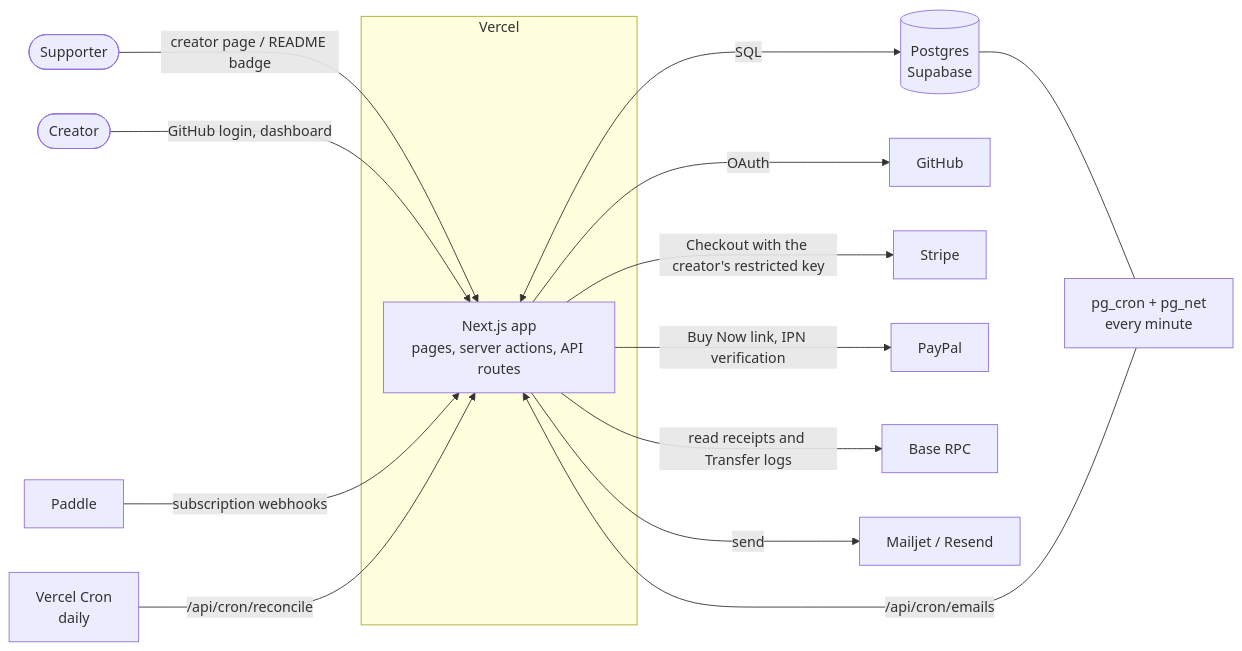
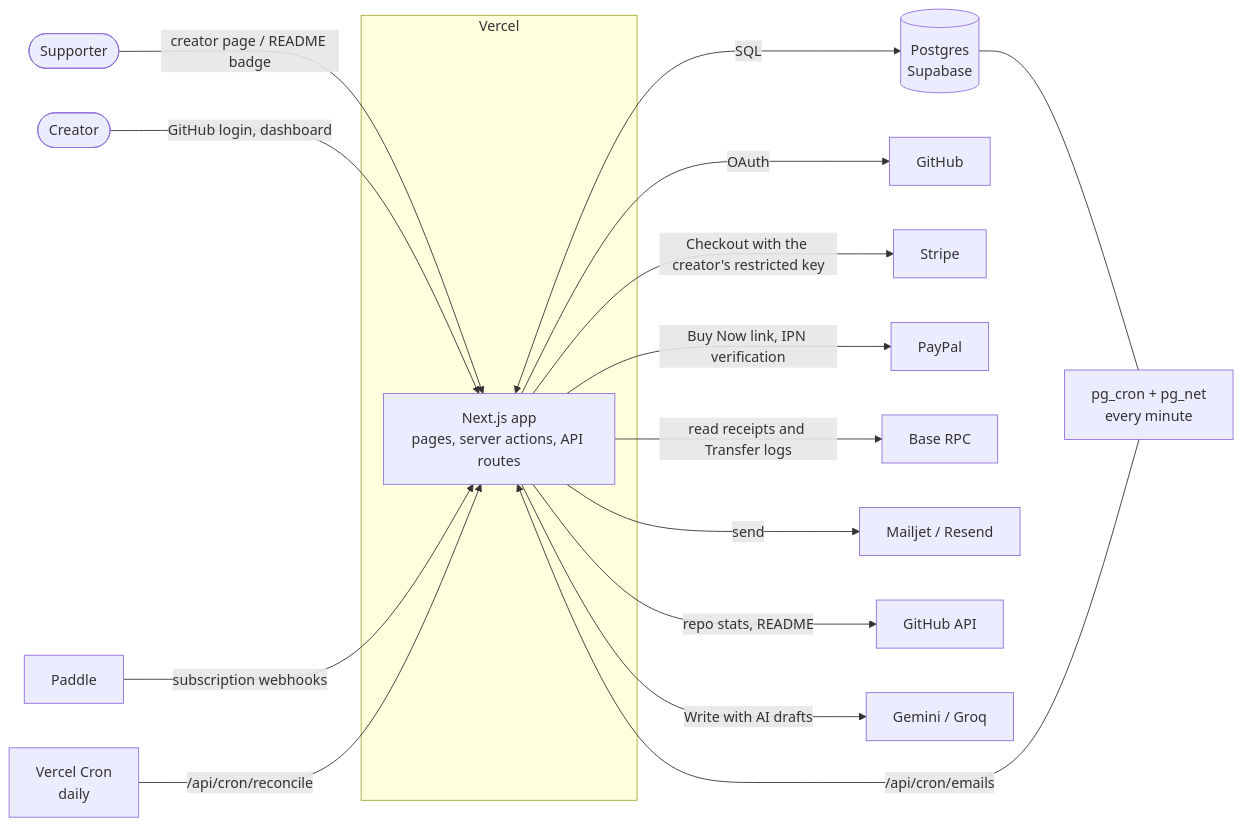
The diagram in docs/architecture.md (Renanuya/buymeatokens-oss), drawn with Mermaid before and after one commit. The commit also changed other lines of this file and 257 other files, not shown here.

````diff
--- a/docs/architecture.md
+++ b/docs/architecture.md
@@ -6,21 +6,23 @@
 ```mermaid
 flowchart LR
   supporter([Supporter]) -->|creator page / README badge| app
   creator([Creator]) -->|GitHub login, dashboard| app
 
   subgraph vercel[Vercel]
     app[Next.js app<br/>pages, server actions, API routes]
   end
 
   app <-->|SQL| db[(Postgres<br/>Supabase)]
   app -->|OAuth| github[GitHub]
   app -->|Checkout with the creator's restricted key| stripe[Stripe]
   app -->|Buy Now link, IPN verification| paypal[PayPal]
   app -->|read receipts and Transfer logs| base[Base RPC]
   paddle[Paddle] -->|subscription webhooks| app
   app -->|send| mail[Mailjet / Resend]
+  app -->|repo stats, README| ghapi[GitHub API]
+  app -->|"Write with AI" drafts| ai[Gemini / Groq]
 
   vcron[Vercel Cron<br/>daily] -->|/api/cron/reconcile| app
   pgcron[pg_cron + pg_net<br/>every minute] -->|/api/cron/emails| app
   db --- pgcron
 ```
````
